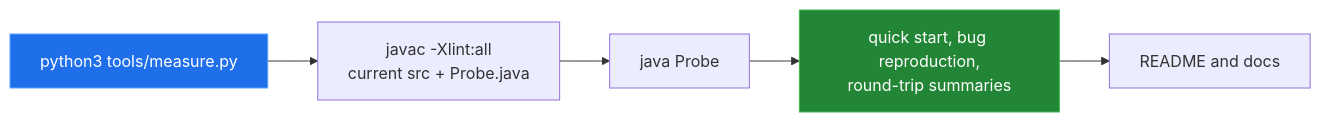
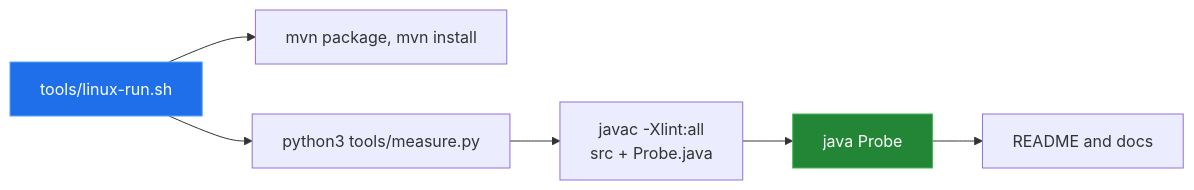
Before and after one commit to Bissbert/SwissToWGS4j: the diagram in docs/measurement.md, drawn with Mermaid. The commit also changed other lines of this file and 9 other files, not shown here.

First line of the commit message:
docs: reconcile with fixed bugs and rerun the probe in Linux

````diff
--- a/docs/measurement.md
+++ b/docs/measurement.md
@@ -10,10 +20,11 @@
 ```mermaid
 flowchart LR
-    P["python3 tools/measure.py"] --> J["javac -Xlint:all<br/>current src + Probe.java"]
+    L["tools/linux-run.sh"] --> B["mvn package, mvn install"]
+    L --> P["python3 tools/measure.py"]
+    P --> J["javac -Xlint:all<br/>src + Probe.java"]
     J --> R["java Probe"]
-    R --> S["quick start, bug reproduction,<br/>round-trip summaries"]
-    S --> D["README and docs"]
+    R --> D["README and docs"]
 
-    style P fill:#1f6feb,stroke:#58a6ff,color:#fff
-    style S fill:#238636,stroke:#3fb950,color:#fff
+    style L fill:#1f6feb,stroke:#58a6ff,color:#fff
+    style R fill:#238636,stroke:#3fb950,color:#fff
 ```
````
